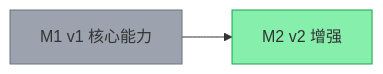
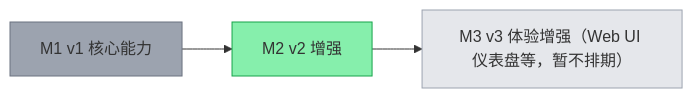
Before and after one commit to happy520ai/pm-mcp: the diagram in PROJECT.md, drawn with Mermaid. The commit also changed other lines of this file and 54 other files, not shown here.

````diff
--- a/PROJECT.md
+++ b/PROJECT.md
@@ -9,10 +9,12 @@
 ```mermaid
 flowchart LR
   M1["M1 v1 核心能力"]:::done
   M2["M2 v2 增强"]:::active
+  M3["M3 v3 体验增强（Web UI 仪表盘等，暂不排期）"]:::planned
   M1 --> M2
+  M2 --> M3
   classDef done fill:#9ca3af,stroke:#6b7280
   classDef active fill:#86efac,stroke:#16a34a
   classDef planned fill:#e5e7eb,stroke:#9ca3af
   classDef paused fill:#fde68a,stroke:#d97706
 ```
````
